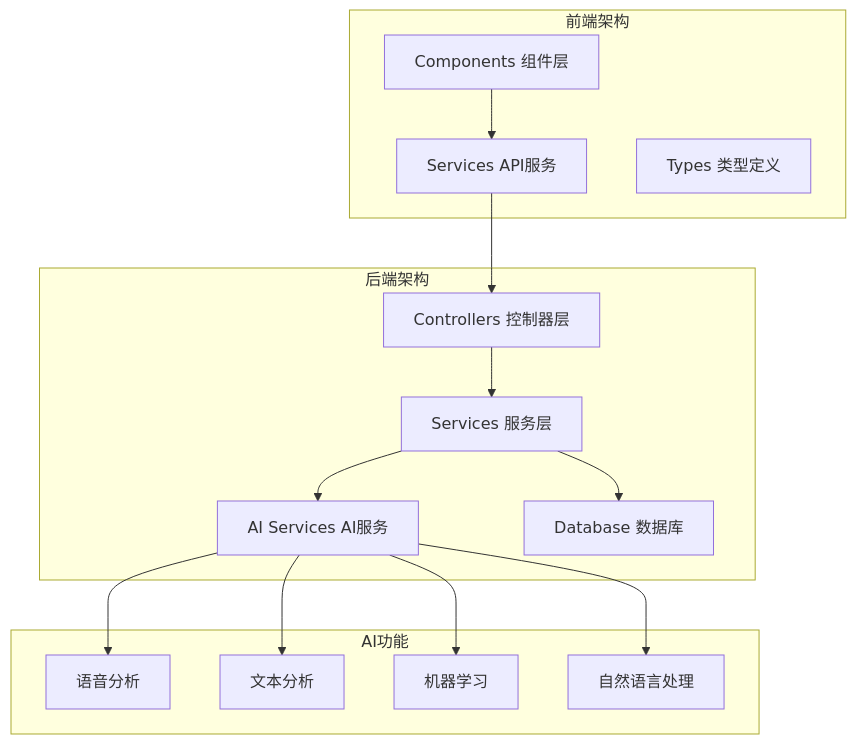
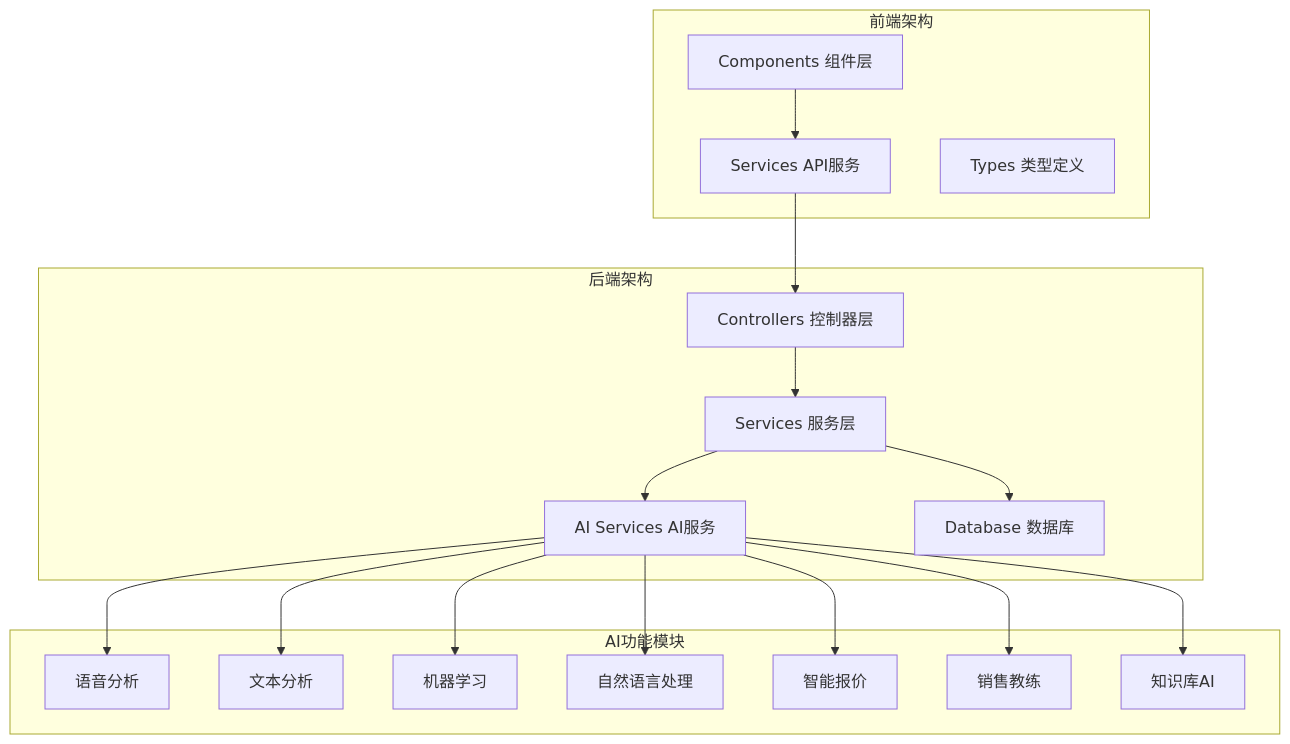
One commit to xianjianshenqu/SalesFlow-CRM changed the first of 14 diagrams in .qoder/repowiki/zh/content/AI服务.md. Above: the diagram before and after it, drawn with Mermaid. The commit also changed other lines of this file and 9 other files, not shown here.

````diff
--- a/.qoder/repowiki/zh/content/AI服务.md
+++ b/.qoder/repowiki/zh/content/AI服务.md
@@ -57,29 +60,35 @@
 ```mermaid
 graph TB
 subgraph "后端架构"
 A[Controllers 控制器层]
 B[Services 服务层]
 C[AI Services AI服务]
 D[Database 数据库]
 end
 subgraph "前端架构"
 E[Components 组件层]
 F[Services API服务]
 G[Types 类型定义]
 end
-subgraph "AI功能"
+subgraph "AI功能模块"
 H[语音分析]
 I[文本分析]
 J[机器学习]
 K[自然语言处理]
+L[智能报价]
+M[销售教练]
+N[知识库AI]
 end
 A --> B
 B --> C
 C --> H
 C --> I
 C --> J
 C --> K
+C --> L
+C --> M
+C --> N
 B --> D
 E --> F
 F --> A
 ```
````
